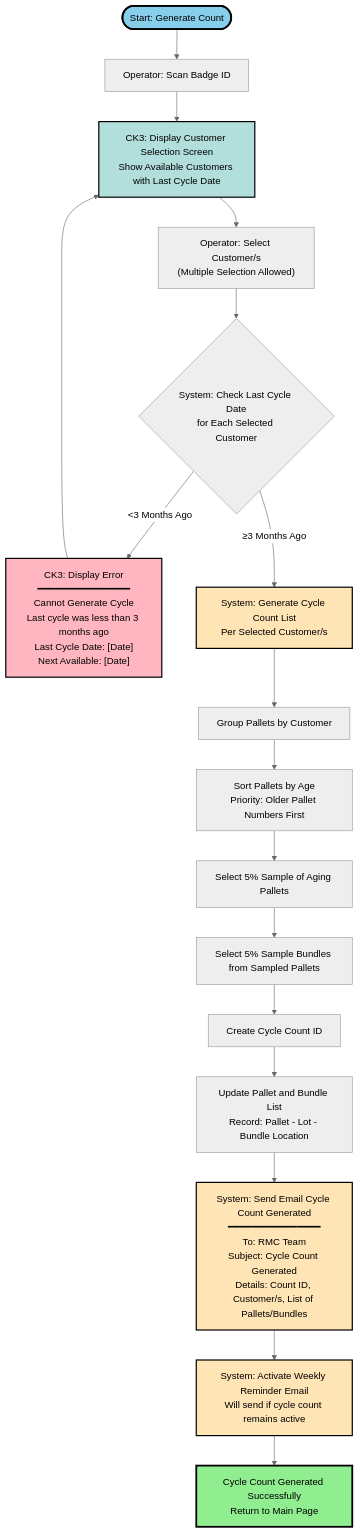
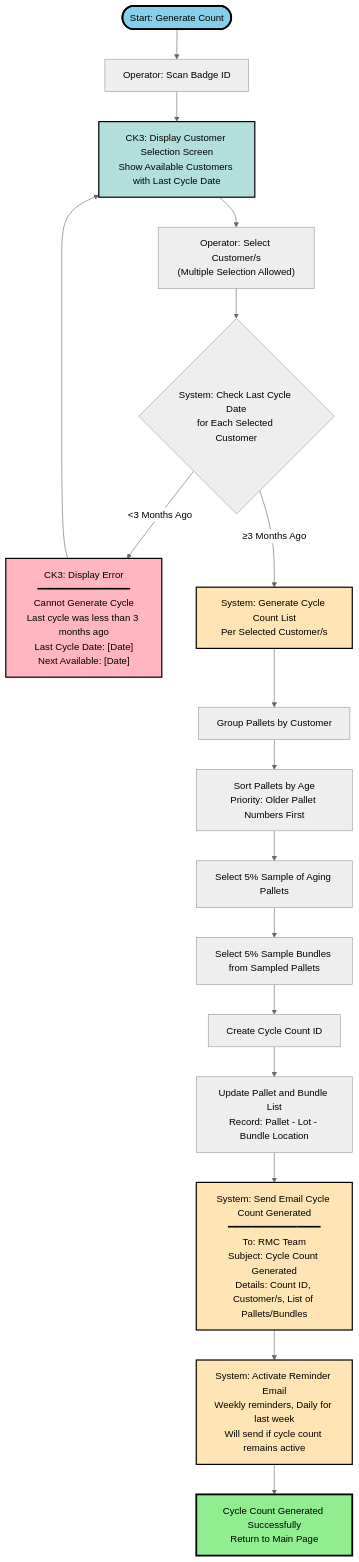
The second of 8 diagrams in workflow.md (kohjs/RMC-Cycle-Count), drawn with Mermaid (neutral theme) before and after one commit. The commit also changed other lines of this file, not shown here.

Commit message:
Changes to reminder email

````diff
--- a/workflow.md
+++ b/workflow.md
@@ -51,40 +51,40 @@
 ```mermaid
 flowchart TD
     Start(["Start: Generate Count"]) --> n1["Operator: Scan Badge ID"]
     n1 --> n2["CK3: Display Customer Selection Screen<br>Show Available Customers with Last Cycle Date"]
     n2 --> n3["Operator: Select Customer/s<br>(Multiple Selection Allowed)"]
     n3 --> n4{"System: Check Last Cycle Date<br>for Each Selected Customer"}
     n4 -- &lt;3 Months Ago --> n5["CK3: Display Error<br>━━━━━━━━━━━━━━━━<br>Cannot Generate Cycle<br>Last cycle was less than 3 months ago<br>Last Cycle Date: [Date]<br>Next Available: [Date]"]
     n5 --> n2
     n4 -- ≥3 Months Ago --> n6["System: Generate Cycle Count List<br>Per Selected Customer/s"]
     n6 --> B1["Group Pallets by Customer"]
     B1 --> B1a["Sort Pallets by Age<br>Priority: Older Pallet Numbers First"]
     B1b["Select 5% Sample of Aging Pallets"] --> B1c["Select 5% Sample Bundles from Sampled Pallets"]
     B2["Create Cycle Count ID"] --> B3["Update Pallet and Bundle List<br>Record: Pallet - Lot - Bundle Location"]
     B3 --> C1["System: Send Email Cycle Count Generated<br>━━━━━━━━━━━━━━━━<br>To: RMC Team<br>Subject: Cycle Count Generated<br>Details: Count ID, Customer/s, List of Pallets/Bundles"]
-    C1 --> C2["System: Activate Weekly Reminder Email<br>Will send if cycle count remains active"]
+    C1 --> C2["System: Activate Reminder Email<br>Weekly reminders, Daily for last week<br>Will send if cycle count remains active"]
     C2 --> Next["Cycle Count Generated Successfully<br>Return to Main Page"]
     B1a --> B1b
     B1c --> B2
 
     style Start fill:#87CEEB,stroke:#000,stroke-width:3px,color:#000
     style n1 color:#000
     style n2 fill:#B2DFDB,stroke:#000,stroke-width:2px,color:#000
     style n3 color:#000
     style n4 color:#000
     style n5 fill:#FFB6C1,stroke:#000,stroke-width:2px,color:#000
     style n6 fill:#FFE4B5,stroke:#000,stroke-width:2px,color:#000
     style B1 color:#000
     style B1a color:#000
     style B1b color:#000
     style B1c color:#000
     style B2 color:#000
     style B3 color:#000
     style C1 fill:#FFE4B5,stroke:#000,stroke-width:2px,color:#000
     style C2 fill:#FFE4B5,stroke:#000,stroke-width:2px,color:#000
     style Next fill:#90EE90,stroke:#000,stroke-width:3px,color:#000
 
 
 
 
 ```
````
